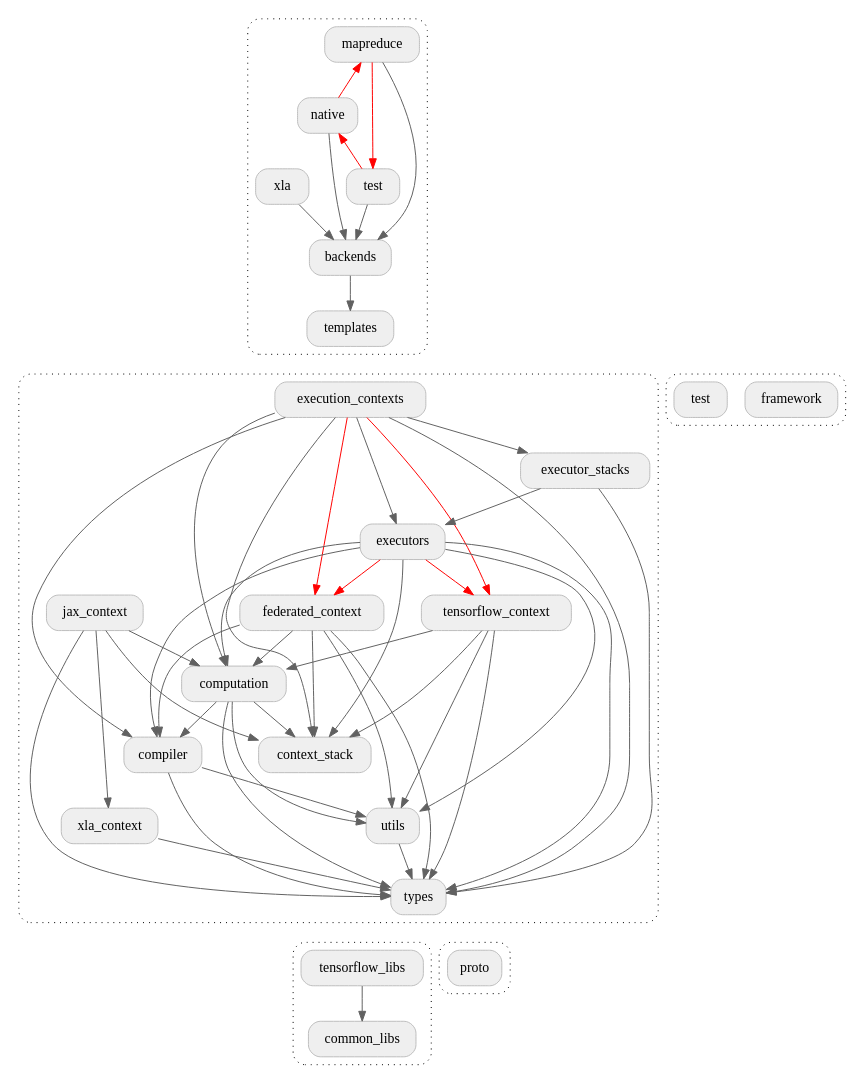
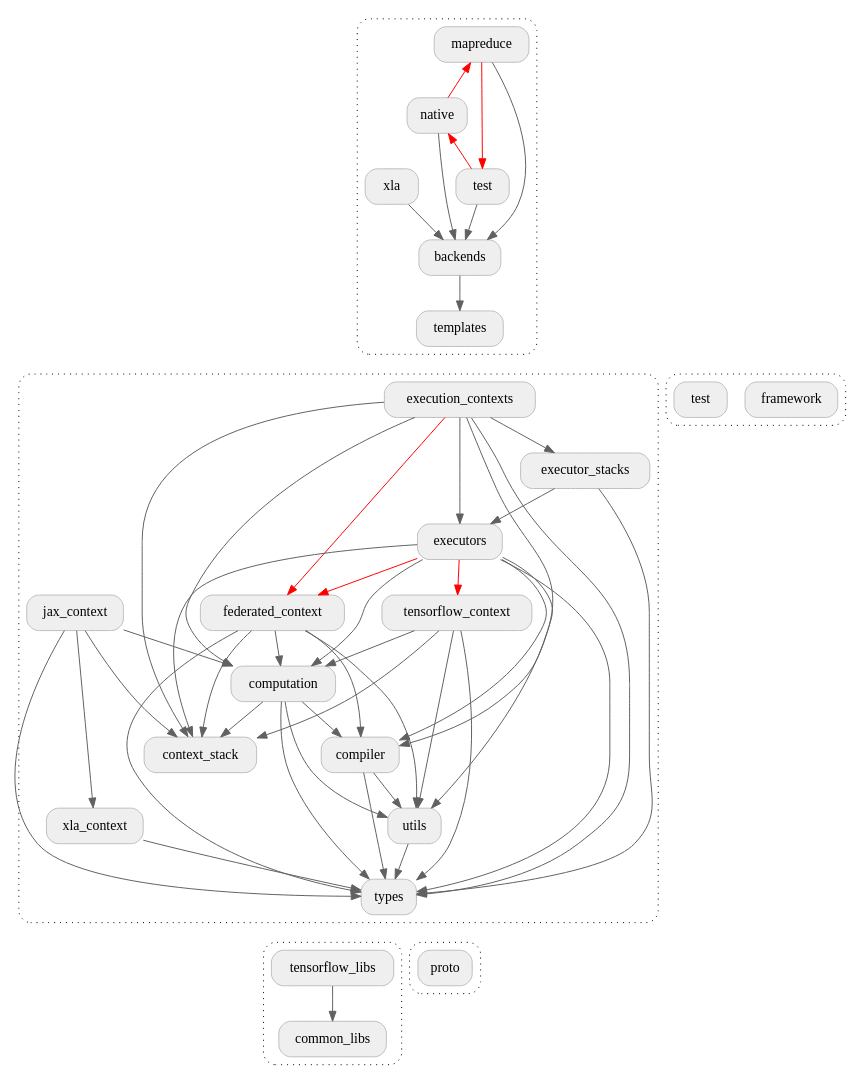
Before and after one commit to google-parfait/tensorflow-federated: the diagram in docs/design/package_structure_core.dot, drawn with Graphviz. The commit also changed 6 other files, not shown here.

First line of the commit message:
Remove the `execution_contexts` -> `tensorflow_context` dependency.

```diff
--- a/docs/design/package_structure_core.dot
+++ b/docs/design/package_structure_core.dot
@@ -1,103 +1,102 @@
 digraph {
   graph [style="dotted,rounded"]
   node [shape="box", style="rounded,filled", fillcolor="#efefef", color="#bdbdbd"]
   edge [color="#616161"]
 
   subgraph cluster_core_0 {
     mapreduce [href="https://github.com/tensorflow/federated/blob/main/tensorflow_federated/python/core/backends/mapreduce" target="_parent",]
     native [href="https://github.com/tensorflow/federated/blob/main/tensorflow_federated/python/core/backends/native" target="_parent",]
     backends_test [label="test", href="https://github.com/tensorflow/federated/blob/main/tensorflow_federated/python/core/backends/test" target="_parent",]
     xla [href="https://github.com/tensorflow/federated/blob/main/tensorflow_federated/python/core/backends/xla" target="_parent",]
     backends [href="https://github.com/tensorflow/federated/blob/main/tensorflow_federated/python/core/backends" target="_parent"]
     templates [href="https://github.com/tensorflow/federated/blob/main/tensorflow_federated/python/core/templates" target="_parent"]
   }
 
   mapreduce -> backends
   native -> backends
   backends_test -> backends
   xla -> backends
   backends -> templates
   templates -> execution_contexts [arrowhead="none", style="invisible"]
 
   // TODO: b/233800075 - Remove dependency from `native` to `mapreduce`.
   mapreduce -> native [dir=back, color="#ff0000"]
   // TODO: b/233800373 - Remove dependency from `test` to `native`.
   native -> backends_test [dir=back, color="#ff0000"]
   // TODO: b/233801300 - Remove dependency from `mapreduce` to `test`.
   mapreduce -> backends_test [color="#ff0000"]
 
   subgraph cluster_core_1 {
     framework [href="https://github.com/tensorflow/federated/blob/main/tensorflow_federated/python/core/framework" target="_parent"]
     test [href="https://github.com/tensorflow/federated/blob/main/tensorflow_federated/python/core/test" target="_parent"]
   }
 
   framework -> executor_stacks [arrowhead="none", style="invisible"]
   test -> executor_stacks [arrowhead="none", style="invisible"]
 
   subgraph cluster_core_2 {
     execution_contexts [href="https://github.com/tensorflow/federated/blob/main/tensorflow_federated/python/core/impl/execution_contexts" target="_parent"]
     executor_stacks [href="https://github.com/tensorflow/federated/blob/main/tensorflow_federated/python/core/impl/executor_stacks" target="_parent"]
     executors [href="https://github.com/tensorflow/federated/blob/main/tensorflow_federated/python/core/impl/executors" target="_parent"]
     federated_context [href="https://github.com/tensorflow/federated/blob/main/tensorflow_federated/python/core/impl/federated_context" target="_parent"]
     tensorflow_context [href="https://github.com/tensorflow/federated/blob/main/tensorflow_federated/python/core/impl/tensorflow_context" target="_parent"]
     jax_context [href="https://github.com/tensorflow/federated/blob/main/tensorflow_federated/python/core/impl/jax_context" target="_parent"]
     xla_context [href="https://github.com/tensorflow/federated/blob/main/tensorflow_federated/python/core/impl/jax_context" target="_parent"]
     computation [href="https://github.com/tensorflow/federated/blob/main/tensorflow_federated/python/core/impl/computation" target="_parent"]
     compiler [href="https://github.com/tensorflow/federated/blob/main/tensorflow_federated/python/core/impl/compiler" target="_parent"]
     utils [href="https://github.com/tensorflow/federated/blob/main/tensorflow_federated/python/core/impl/utils" target="_parent"]
     types [href="https://github.com/tensorflow/federated/blob/main/tensorflow_federated/python/core/impl/types" target="_parent"]
     context_stack [href="https://github.com/tensorflow/federated/blob/main/tensorflow_federated/python/core/impl/context_stack" target="_parent"]
   }
 
   execution_contexts -> executor_stacks
   execution_contexts -> executors
   execution_contexts -> federated_context [color="#ff0000"]
-  execution_contexts -> tensorflow_context [color="#ff0000"]
   execution_contexts -> computation
   execution_contexts -> compiler
   execution_contexts -> types
   execution_contexts -> context_stack
   executor_stacks -> executors
   executor_stacks -> types
   executors -> federated_context [color="#ff0000"]
   executors -> tensorflow_context [color="#ff0000"]
   executors -> computation
   executors -> compiler
   executors -> utils
   executors -> types
   executors -> context_stack
   federated_context -> computation
   federated_context -> compiler
   federated_context -> utils
   federated_context -> types
   federated_context -> context_stack
   tensorflow_context -> computation
   tensorflow_context -> utils
   tensorflow_context -> types
   tensorflow_context -> context_stack
   jax_context -> xla_context
   jax_context -> computation
   jax_context -> types
   jax_context -> context_stack
   xla_context -> types
   computation -> compiler
   computation -> utils
   computation -> types
   computation -> context_stack
   compiler -> utils
   compiler -> types
   utils -> types
   types -> tensorflow_libs [arrowhead="none", style="invisible"]
   types -> proto [arrowhead="none", style="invisible"]
 
   subgraph cluster_core_3 {
     tensorflow_libs [href="https://github.com/tensorflow/federated/blob/main/tensorflow_federated/python/tensorflow_libs" target="_parent"]
     common_libs [href="https://github.com/tensorflow/federated/blob/main/tensorflow_federated/python/common_libs" target="_parent"]
   }
 
   tensorflow_libs -> common_libs
 
   subgraph cluster_core_4 {
     proto [href="https://github.com/tensorflow/federated/blob/main/tensorflow_federated/proto" target="_parent"]
   }
 }
```
